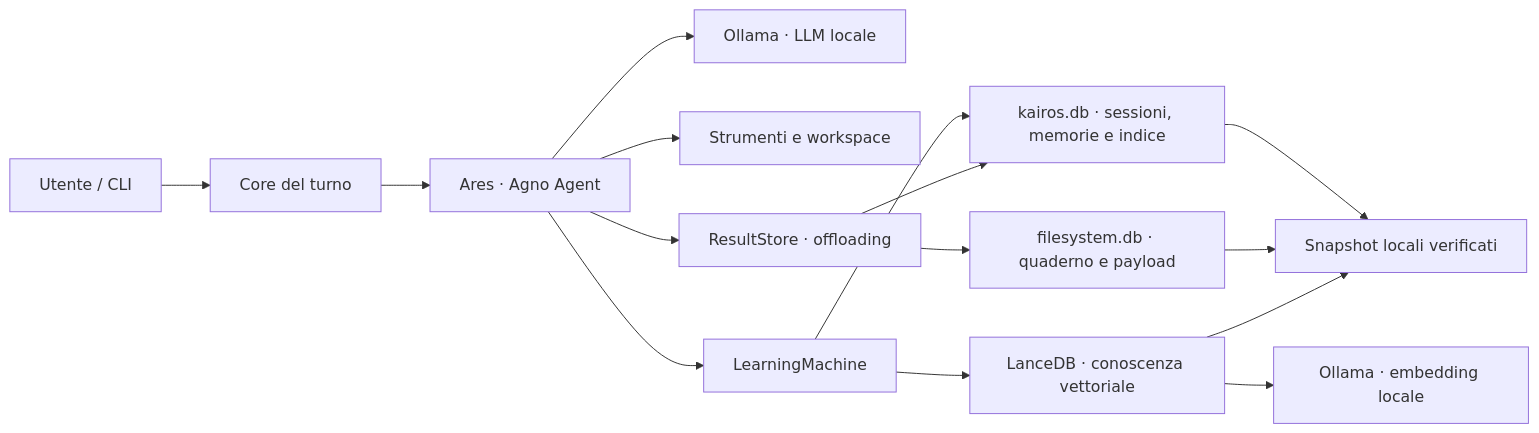
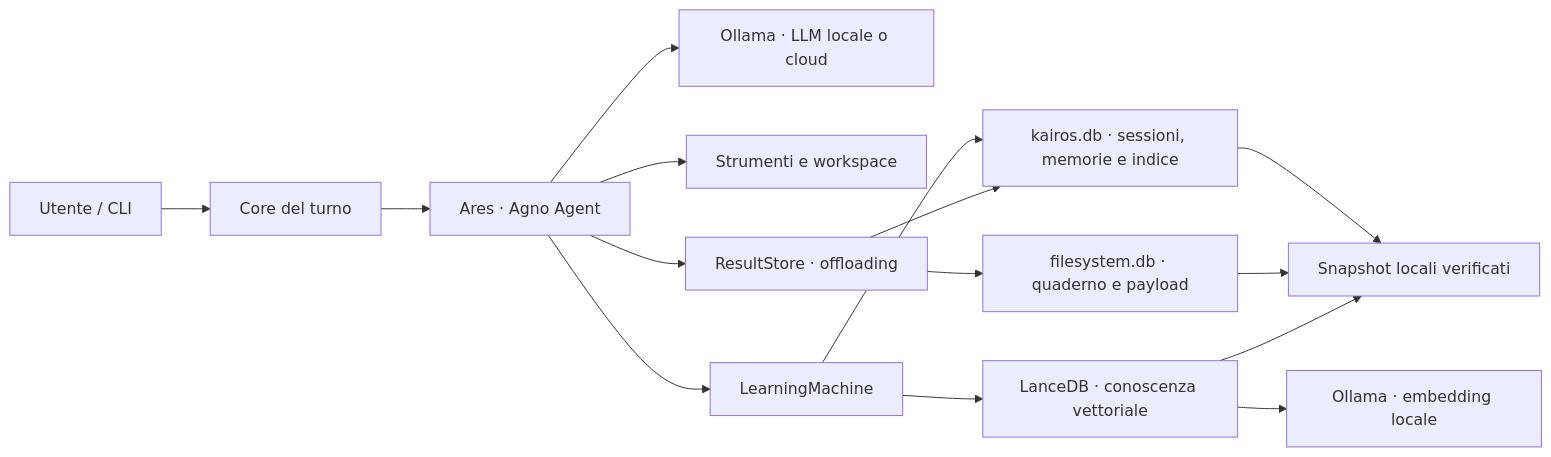
Before and after one commit to KairosIta/Ares: the diagram in README.md, drawn with Mermaid. The commit also changed other lines of this file and 11 other files, not shown here.

First line of the commit message:
feat: modello conversazionale cloud via daemon Ollama

````diff
--- a/README.md
+++ b/README.md
@@ -43,17 +45,17 @@
 ```mermaid
 flowchart LR
     U["Utente / CLI"] --> C["Core del turno"]
     C --> A["Ares · Agno Agent"]
-    A --> O["Ollama · LLM locale"]
+    A --> O["Ollama · LLM locale o cloud"]
     A --> T["Strumenti e workspace"]
     A --> R["ResultStore · offloading"]
     A --> L["LearningMachine"]
     L --> S["kairos.db · sessioni, memorie e indice"]
     L --> V["LanceDB · conoscenza vettoriale"]
     R --> S
     R --> F["filesystem.db · quaderno e payload"]
     V --> E["Ollama · embedding locale"]
     S --> B["Snapshot locali verificati"]
     F --> B
     V --> B
 ```
````
